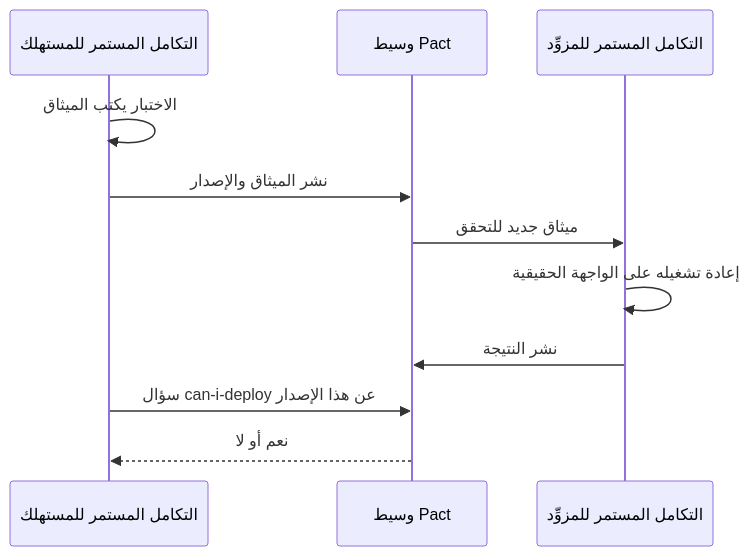
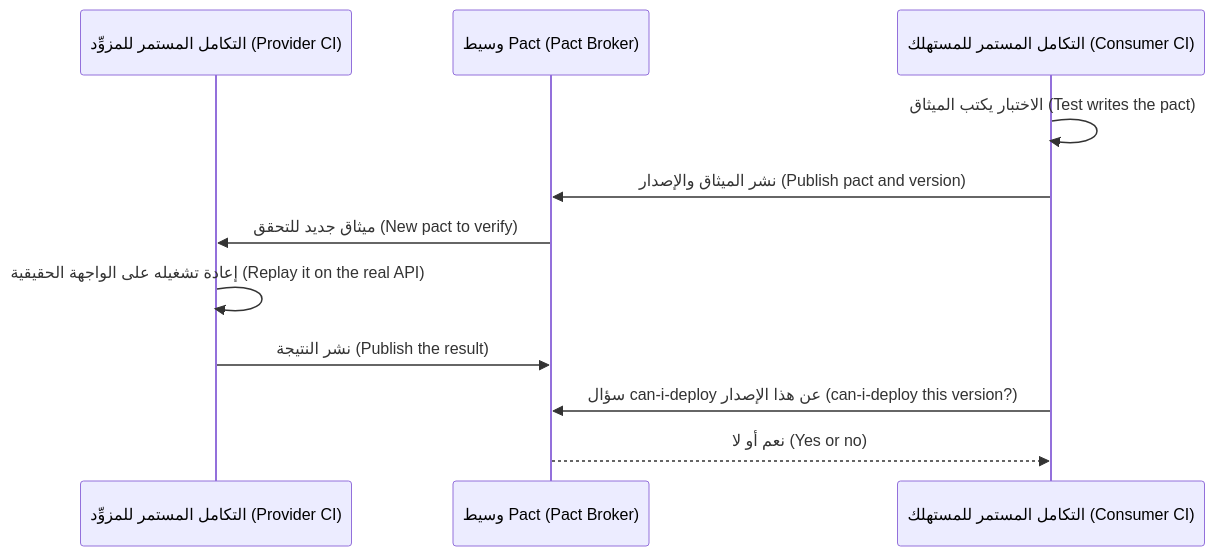
Before and after one commit to Tamoura/system-design-for-vibe-coders: the second of 3 diagrams in testing/modules/02-code.ar.md, drawn with Mermaid. The commit also changed other lines of this file and 39 other files, not shown here.

````diff
--- a/testing/modules/02-code.ar.md
+++ b/testing/modules/02-code.ar.md
@@ -758,13 +758,13 @@
 ```mermaid
 sequenceDiagram
-    participant C as التكامل المستمر للمستهلك
-    participant B as وسيط Pact
-    participant P as التكامل المستمر للمزوِّد
-    C->>C: الاختبار يكتب الميثاق
-    C->>B: نشر الميثاق والإصدار
-    B->>P: ميثاق جديد للتحقق
-    P->>P: إعادة تشغيله على الواجهة الحقيقية
-    P->>B: نشر النتيجة
-    C->>B: سؤال can-i-deploy عن هذا الإصدار
-    B-->>C: نعم أو لا
+    participant P as التكامل المستمر للمزوِّد (Provider CI)
+    participant B as وسيط Pact (Pact Broker)
+    participant C as التكامل المستمر للمستهلك (Consumer CI)
+    C->>C: الاختبار يكتب الميثاق (Test writes the pact)
+    C->>B: نشر الميثاق والإصدار (Publish pact and version)
+    B->>P: ميثاق جديد للتحقق (New pact to verify)
+    P->>P: إعادة تشغيله على الواجهة الحقيقية (Replay it on the real API)
+    P->>B: نشر النتيجة (Publish the result)
+    C->>B: سؤال can-i-deploy عن هذا الإصدار (can-i-deploy this version?)
+    B-->>C: نعم أو لا (Yes or no)
 ```
````
